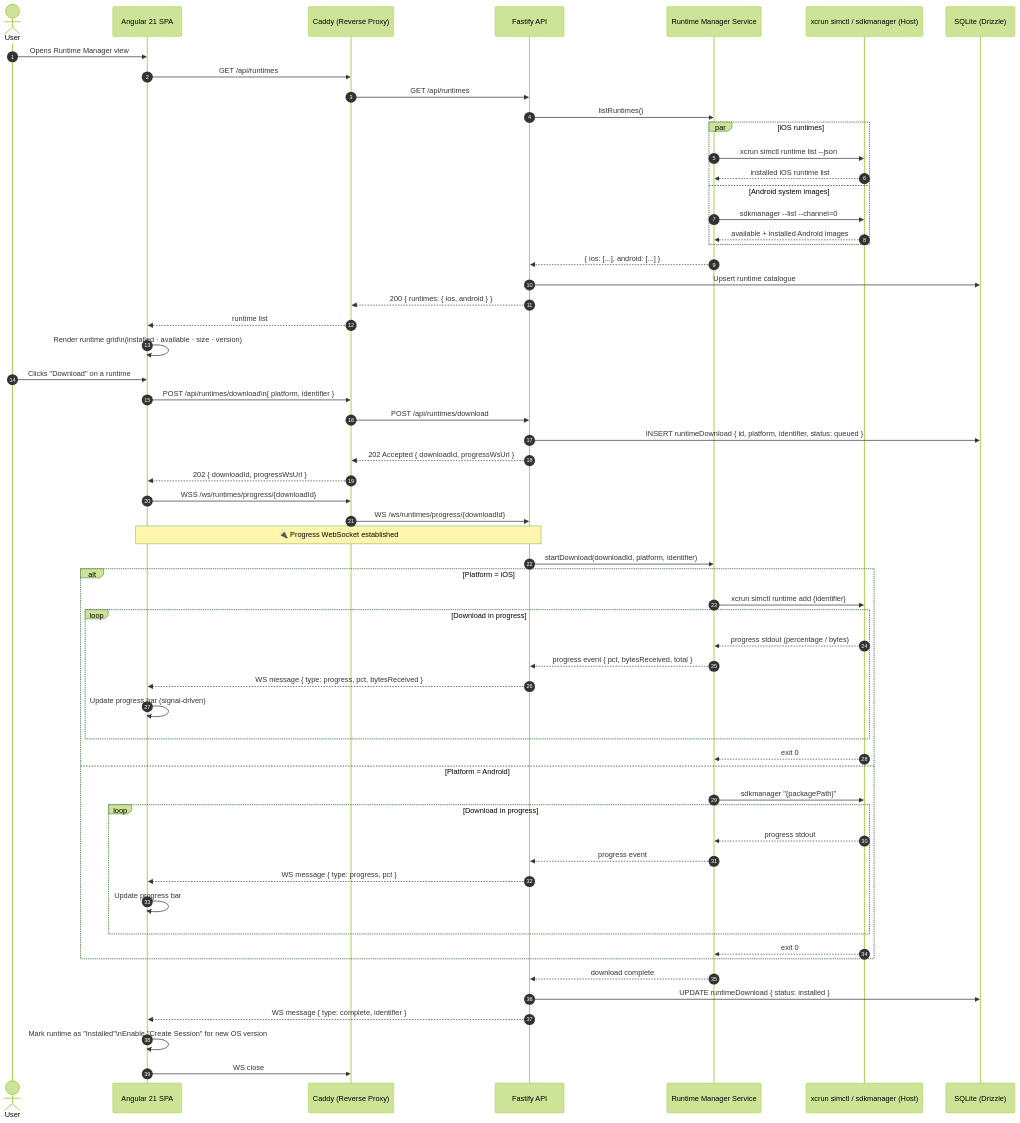
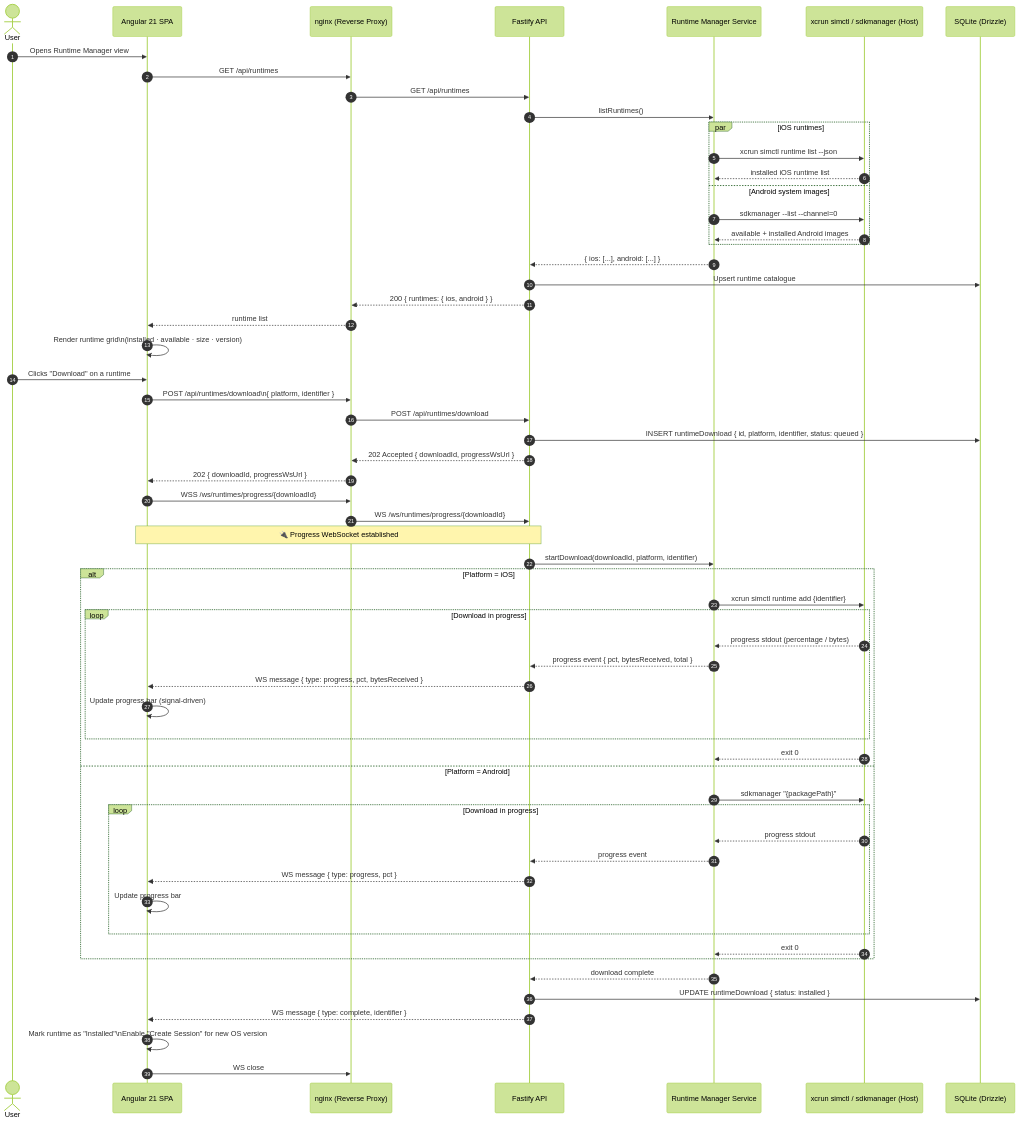
The third of 4 diagrams in docs/architecture/ARCHITECTURE.md (xrolfex/web-mobile-simulator), drawn with Mermaid (forest theme) before and after one commit. The commit also changed other lines of this file and 36 other files, not shown here.

````diff
--- a/docs/architecture/ARCHITECTURE.md
+++ b/docs/architecture/ARCHITECTURE.md
@@ -195,70 +195,70 @@
 ```mermaid
 sequenceDiagram
     autonumber
     actor User
     participant FE as Angular 21 SPA
-    participant Caddy as Caddy (Reverse Proxy)
+    participant Nginx as nginx (Reverse Proxy)
     participant API as Fastify API
     participant RuntimeMgr as Runtime Manager Service
     participant CLI as xcrun simctl / sdkmanager (Host)
     participant DB as SQLite (Drizzle)
 
     User->>FE: Opens Runtime Manager view
-    FE->>Caddy: GET /api/runtimes
-    Caddy->>API: GET /api/runtimes
+    FE->>Nginx: GET /api/runtimes
+    Nginx->>API: GET /api/runtimes
     API->>RuntimeMgr: listRuntimes()
 
     par iOS runtimes
         RuntimeMgr->>CLI: xcrun simctl runtime list --json
         CLI-->>RuntimeMgr: installed iOS runtime list
     and Android system images
         RuntimeMgr->>CLI: sdkmanager --list --channel=0
         CLI-->>RuntimeMgr: available + installed Android images
     end
 
     RuntimeMgr-->>API: { ios: [...], android: [...] }
     API->>DB: Upsert runtime catalogue
-    API-->>Caddy: 200 { runtimes: { ios, android } }
-    Caddy-->>FE: runtime list
+    API-->>Nginx: 200 { runtimes: { ios, android } }
+    Nginx-->>FE: runtime list
     FE->>FE: Render runtime grid\n(installed · available · size · version)
 
     User->>FE: Clicks "Download" on a runtime
-    FE->>Caddy: POST /api/runtimes/download\n{ platform, identifier }
-    Caddy->>API: POST /api/runtimes/download
+    FE->>Nginx: POST /api/runtimes/download\n{ platform, identifier }
+    Nginx->>API: POST /api/runtimes/download
 
     API->>DB: INSERT runtimeDownload { id, platform, identifier, status: queued }
-    API-->>Caddy: 202 Accepted { downloadId, progressWsUrl }
-    Caddy-->>FE: 202 { downloadId, progressWsUrl }
+    API-->>Nginx: 202 Accepted { downloadId, progressWsUrl }
+    Nginx-->>FE: 202 { downloadId, progressWsUrl }
 
-    FE->>Caddy: WSS /ws/runtimes/progress/{downloadId}
-    Caddy->>API: WS /ws/runtimes/progress/{downloadId}
+    FE->>Nginx: WSS /ws/runtimes/progress/{downloadId}
+    Nginx->>API: WS /ws/runtimes/progress/{downloadId}
     Note over FE,API: 🔌 Progress WebSocket established
 
     API->>RuntimeMgr: startDownload(downloadId, platform, identifier)
 
     alt Platform = iOS
         RuntimeMgr->>CLI: xcrun simctl runtime add {identifier}
         loop Download in progress
             CLI-->>RuntimeMgr: progress stdout (percentage / bytes)
             RuntimeMgr-->>API: progress event { pct, bytesReceived, total }
             API-->>FE: WS message { type: progress, pct, bytesReceived }
             FE->>FE: Update progress bar (signal-driven)
         end
         CLI-->>RuntimeMgr: exit 0
     else Platform = Android
         RuntimeMgr->>CLI: sdkmanager "{packagePath}"
         loop Download in progress
             CLI-->>RuntimeMgr: progress stdout
             RuntimeMgr-->>API: progress event
             API-->>FE: WS message { type: progress, pct }
             FE->>FE: Update progress bar
         end
         CLI-->>RuntimeMgr: exit 0
     end
 
     RuntimeMgr-->>API: download complete
     API->>DB: UPDATE runtimeDownload { status: installed }
     API-->>FE: WS message { type: complete, identifier }
     FE->>FE: Mark runtime as "Installed"\nEnable "Create Session" for new OS version
-    FE->>Caddy: WS close
+    FE->>Nginx: WS close
 ```
````
